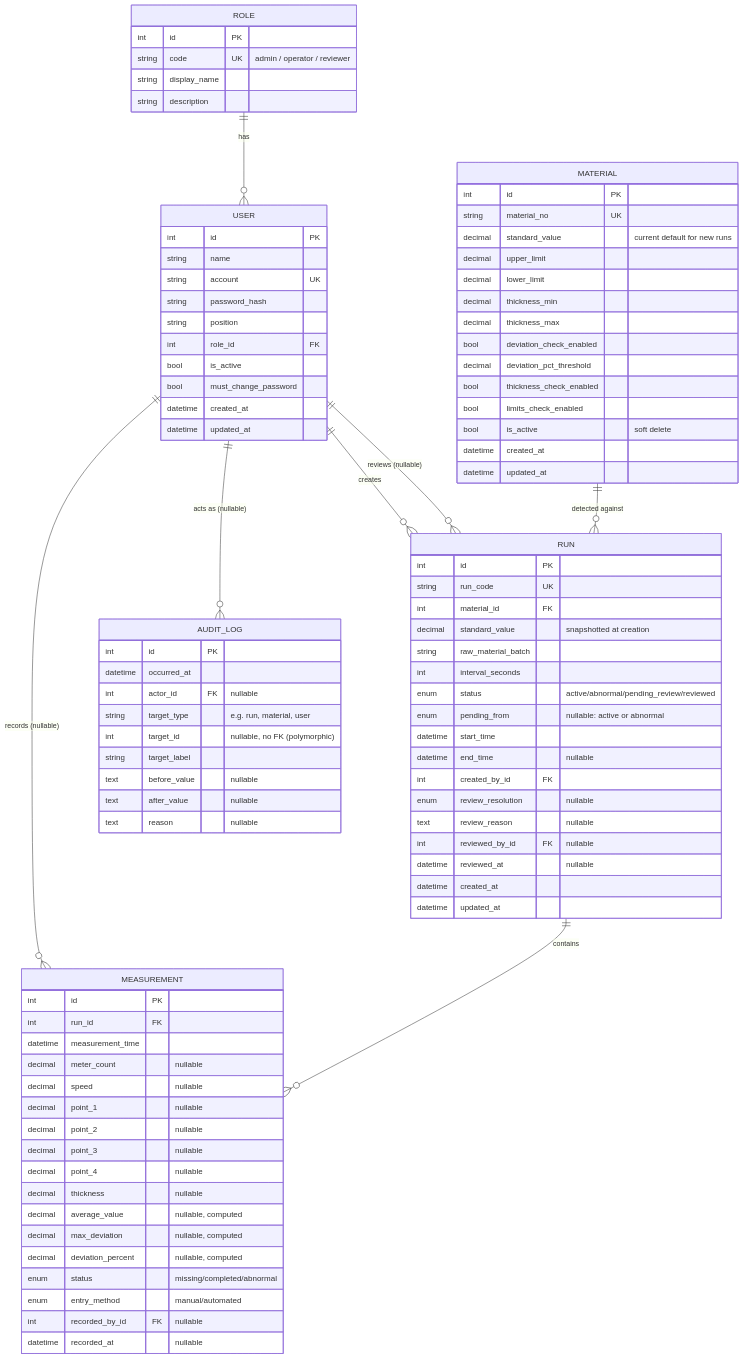
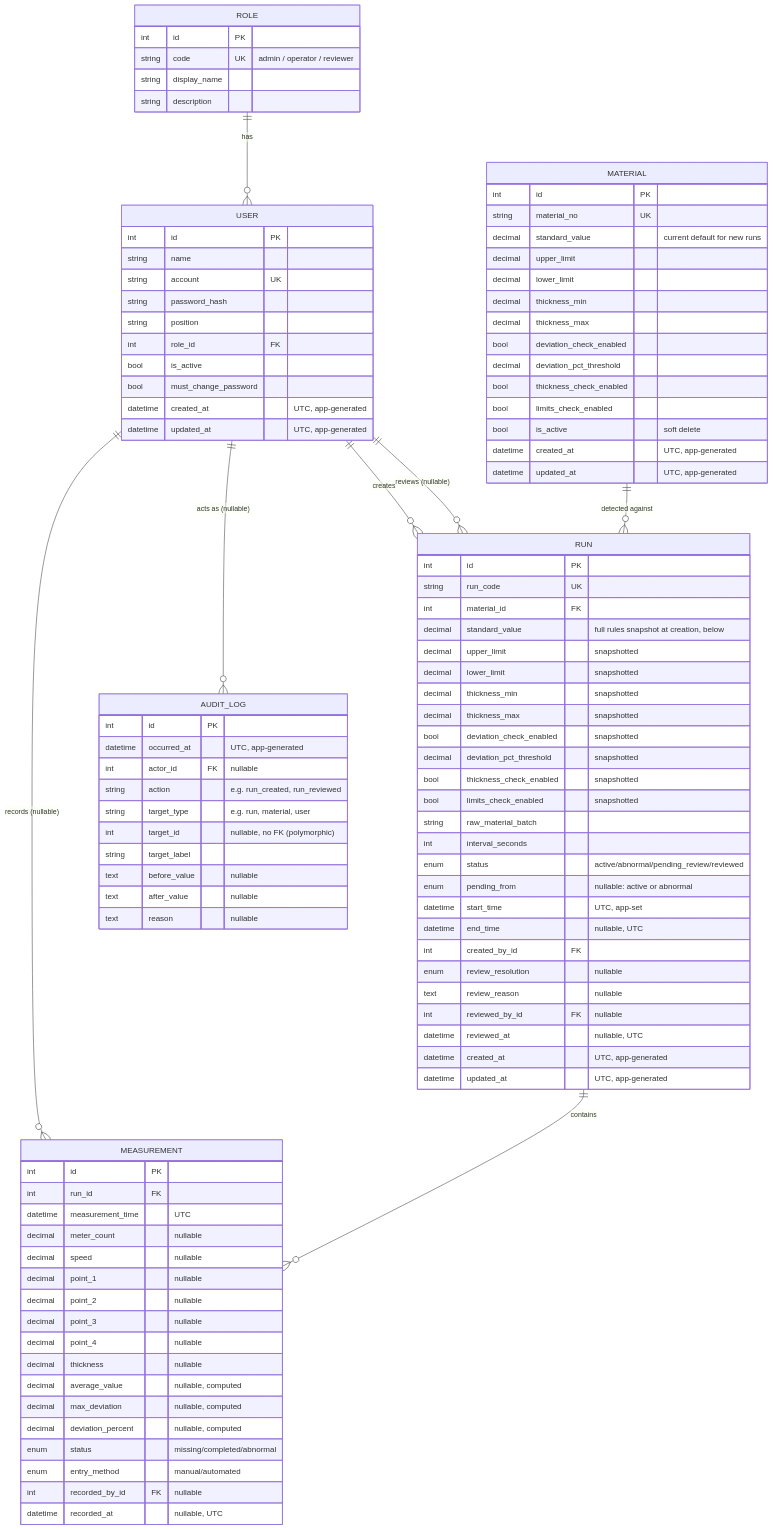
Before and after one commit to Larinx-JC/ProLog: the first of 2 diagrams in docs/data-model.md, drawn with Mermaid. The commit also changed other lines of this file and 11 other files, not shown here.

```diff
--- a/docs/data-model.md
+++ b/docs/data-model.md
@@ -27,8 +27,8 @@
         int role_id FK
         bool is_active
         bool must_change_password
-        datetime created_at
-        datetime updated_at
+        datetime created_at "UTC, app-generated"
+        datetime updated_at "UTC, app-generated"
     }
     MATERIAL {
         int id PK
@@ -43,32 +43,40 @@
         bool thickness_check_enabled
         bool limits_check_enabled
         bool is_active "soft delete"
-        datetime created_at
-        datetime updated_at
+        datetime created_at "UTC, app-generated"
+        datetime updated_at "UTC, app-generated"
     }
     RUN {
         int id PK
         string run_code UK
         int material_id FK
-        decimal standard_value "snapshotted at creation"
+        decimal standard_value "full rules snapshot at creation, below"
+        decimal upper_limit "snapshotted"
+        decimal lower_limit "snapshotted"
+        decimal thickness_min "snapshotted"
+        decimal thickness_max "snapshotted"
+        bool deviation_check_enabled "snapshotted"
+        decimal deviation_pct_threshold "snapshotted"
+        bool thickness_check_enabled "snapshotted"
+        bool limits_check_enabled "snapshotted"
         string raw_material_batch
         int interval_seconds
         enum status "active/abnormal/pending_review/reviewed"
         enum pending_from "nullable: active or abnormal"
-        datetime start_time
-        datetime end_time "nullable"
+        datetime start_time "UTC, app-set"
+        datetime end_time "nullable, UTC"
         int created_by_id FK
         enum review_resolution "nullable"
         text review_reason "nullable"
         int reviewed_by_id FK "nullable"
-        datetime reviewed_at "nullable"
-        datetime created_at
-        datetime updated_at
+        datetime reviewed_at "nullable, UTC"
+        datetime created_at "UTC, app-generated"
+        datetime updated_at "UTC, app-generated"
     }
     MEASUREMENT {
         int id PK
         int run_id FK
-        datetime measurement_time
+        datetime measurement_time "UTC"
         decimal meter_count "nullable"
         decimal speed "nullable"
         decimal point_1 "nullable"
@@ -82,12 +90,13 @@
         enum status "missing/completed/abnormal"
         enum entry_method "manual/automated"
         int recorded_by_id FK "nullable"
-        datetime recorded_at "nullable"
+        datetime recorded_at "nullable, UTC"
     }
     AUDIT_LOG {
         int id PK
-        datetime occurred_at
+        datetime occurred_at "UTC, app-generated"
         int actor_id FK "nullable"
+        string action "e.g. run_created, run_reviewed"
         string target_type "e.g. run, material, user"
         int target_id "nullable, no FK (polymorphic)"
         string target_label
```
